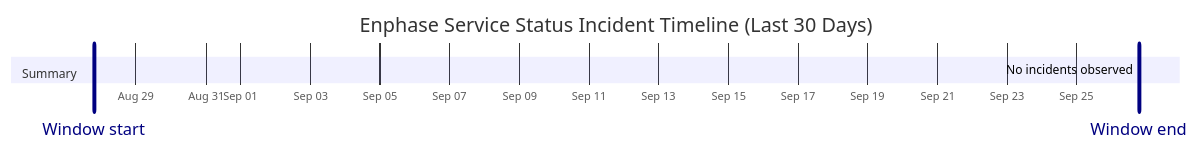
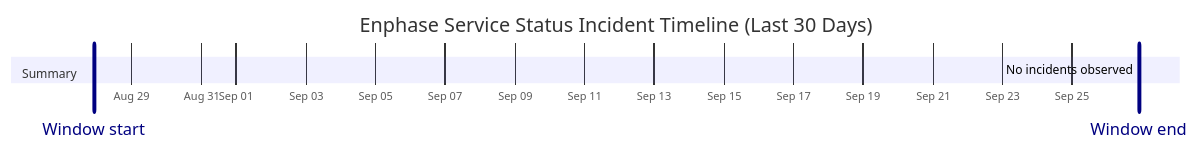
The diagram in wiki/Service-Status-History.md (barneyonline/ha-enphase-energy), drawn with Mermaid before and after one commit. The commit also changed other lines of this file and 3 other files, not shown here.

````diff
--- a/wiki/Service-Status-History.md
+++ b/wiki/Service-Status-History.md
@@ -14,10 +14,10 @@
 ```mermaid
 gantt
     title Enphase Service Status Incident Timeline (Last 30 Days)
     dateFormat  YYYY-MM-DDTHH:mm:ss
     axisFormat  %b %d
-    Window start :vert, window-start, 2026-08-27T19:01:01, 0ms
-    Window end :vert, window-end, 2026-09-26T19:01:01, 0ms
+    Window start :vert, window-start, 2026-08-27T22:04:01, 0ms
+    Window end :vert, window-end, 2026-09-26T22:04:01, 0ms
     section Summary
-    No incidents observed :done, 2026-09-26T19:01:01, 1m
+    No incidents observed :done, 2026-09-26T22:04:01, 1m
 ```
````
